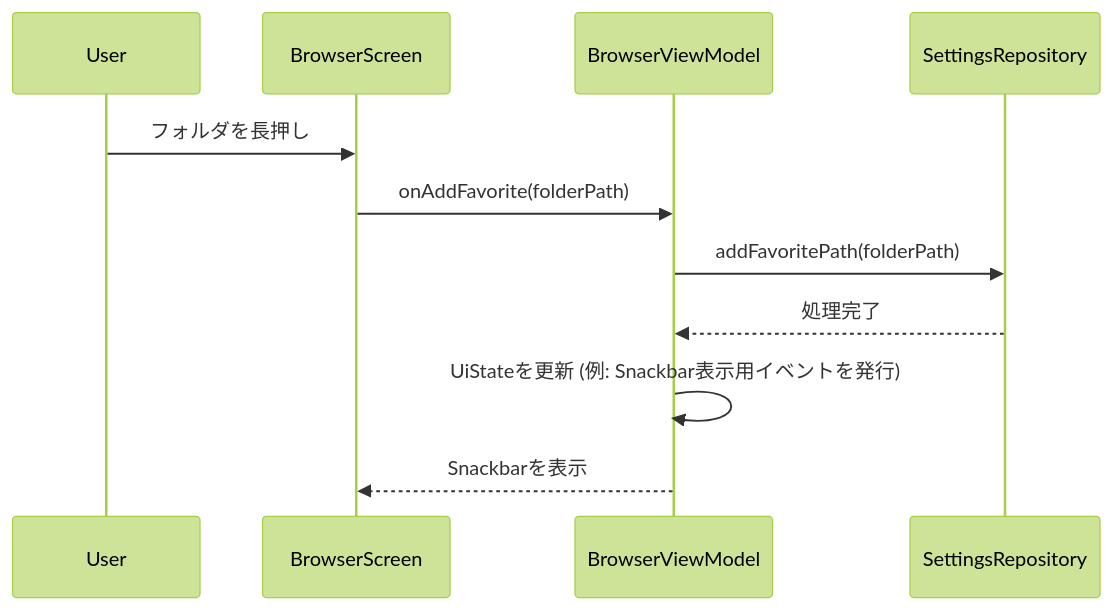
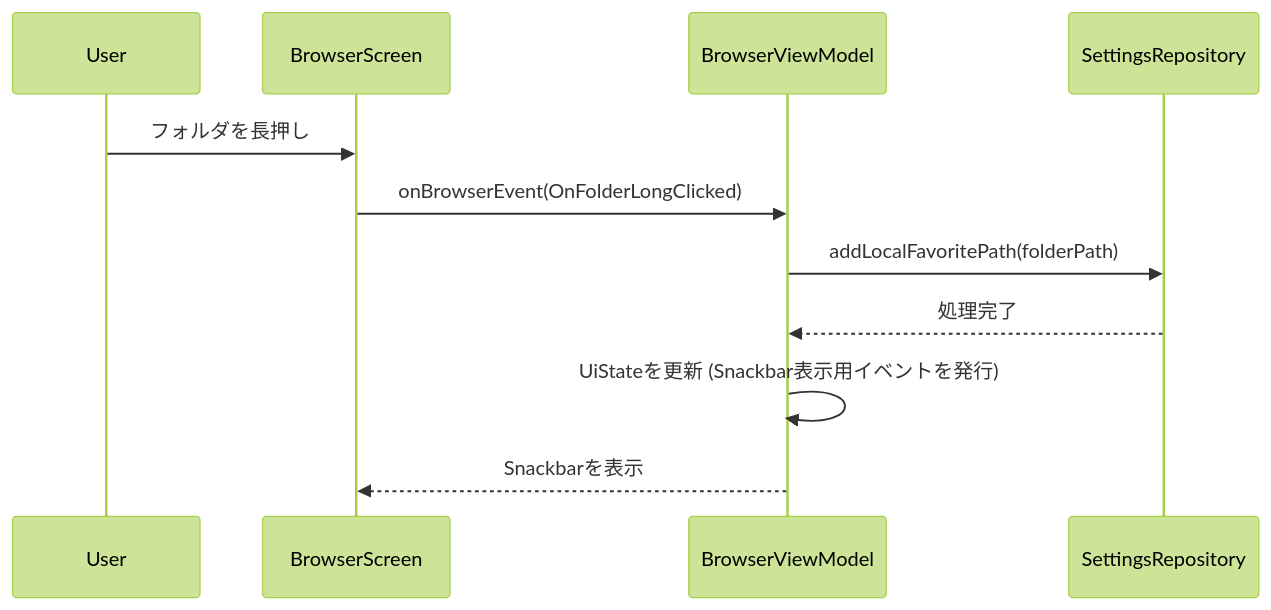
One commit to mob-wo/ModularStreamPlayer changed the second of 2 diagrams in Technical Design Document-Phase2.md. Above: the diagram before and after it, drawn with Mermaid (forest theme). The commit also changed other lines of this file and 5 other files, not shown here.

````diff
--- a/Technical Design Document-Phase2.md
+++ b/Technical Design Document-Phase2.md
@@ -89,14 +110,14 @@
 ```mermaid
 sequenceDiagram
     participant User
     participant BrowserScreen
     participant BrowserViewModel
     participant SettingsRepository
     
     User->>BrowserScreen: フォルダを長押し
-    BrowserScreen->>BrowserViewModel: onAddFavorite(folderPath)
-    BrowserViewModel->>SettingsRepository: addFavoritePath(folderPath)
+    BrowserScreen->>BrowserViewModel: onBrowserEvent(OnFolderLongClicked)
+    BrowserViewModel->>SettingsRepository: addLocalFavoritePath(folderPath)
     SettingsRepository-->>BrowserViewModel: 処理完了
-    BrowserViewModel->>BrowserViewModel: UiStateを更新 (例: Snackbar表示用イベントを発行)
+    BrowserViewModel->>BrowserViewModel: UiStateを更新 (Snackbar表示用イベントを発行)
     BrowserViewModel-->>BrowserScreen: Snackbarを表示
 ```
````
